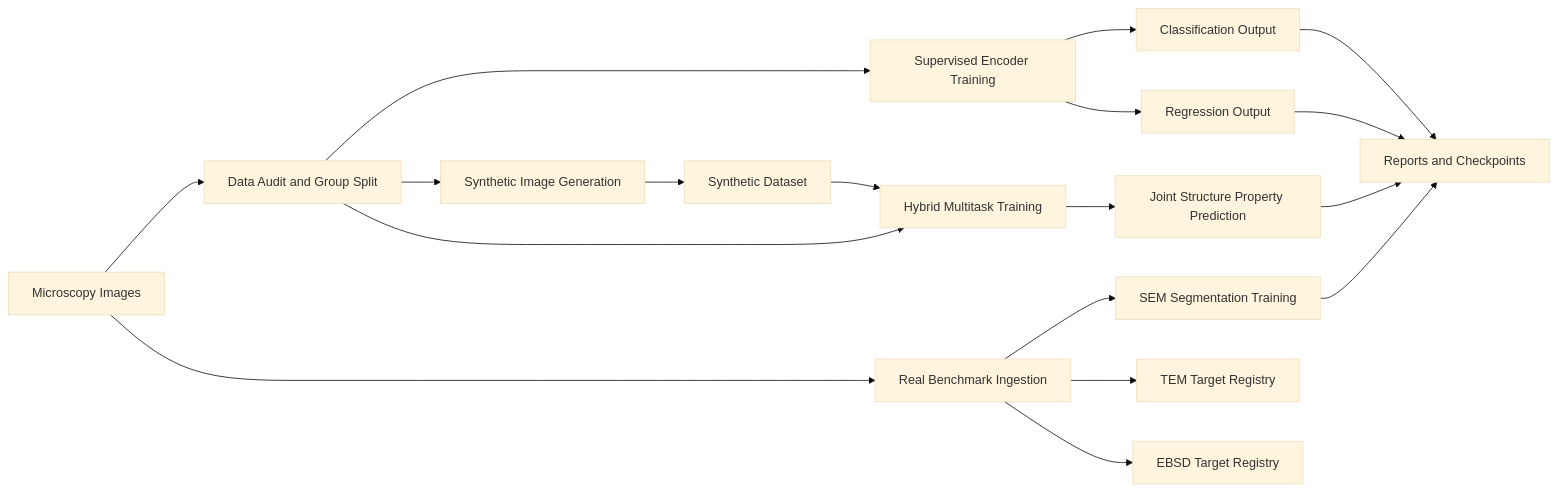
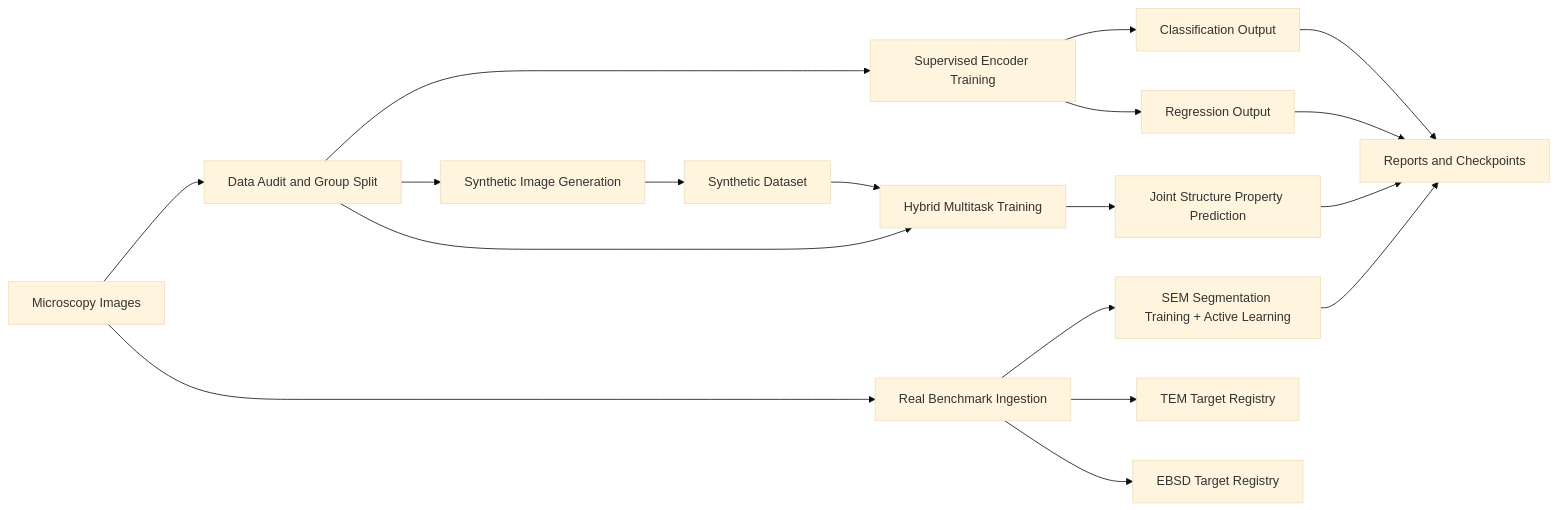
One commit to Ghanshyambabariya/microscopy_cv_research changed the diagram in README.md. Above: the diagram before and after it, drawn with Mermaid (base theme). The commit also changed other lines of this file and 7 other files, not shown here.

Commit message:
Add SEM active learning loop and leaderboard

````diff
--- a/README.md
+++ b/README.md
@@ -11,20 +11,20 @@
 ```mermaid
 flowchart LR
     A[Microscopy Images] --> B[Data Audit and Group Split]
     B --> C[Supervised Encoder Training]
     B --> D[Synthetic Image Generation]
     C --> E[Classification Output]
     C --> F[Regression Output]
     D --> G[Synthetic Dataset]
     G --> H[Hybrid Multitask Training]
     B --> H
     H --> I[Joint Structure Property Prediction]
     A --> K[Real Benchmark Ingestion]
-    K --> L[SEM Segmentation Training]
+    K --> L[SEM Segmentation Training + Active Learning]
     K --> M[TEM Target Registry]
     K --> N[EBSD Target Registry]
     L --> J[Reports and Checkpoints]
     E --> J
     F --> J
     I --> J
 ```
````
